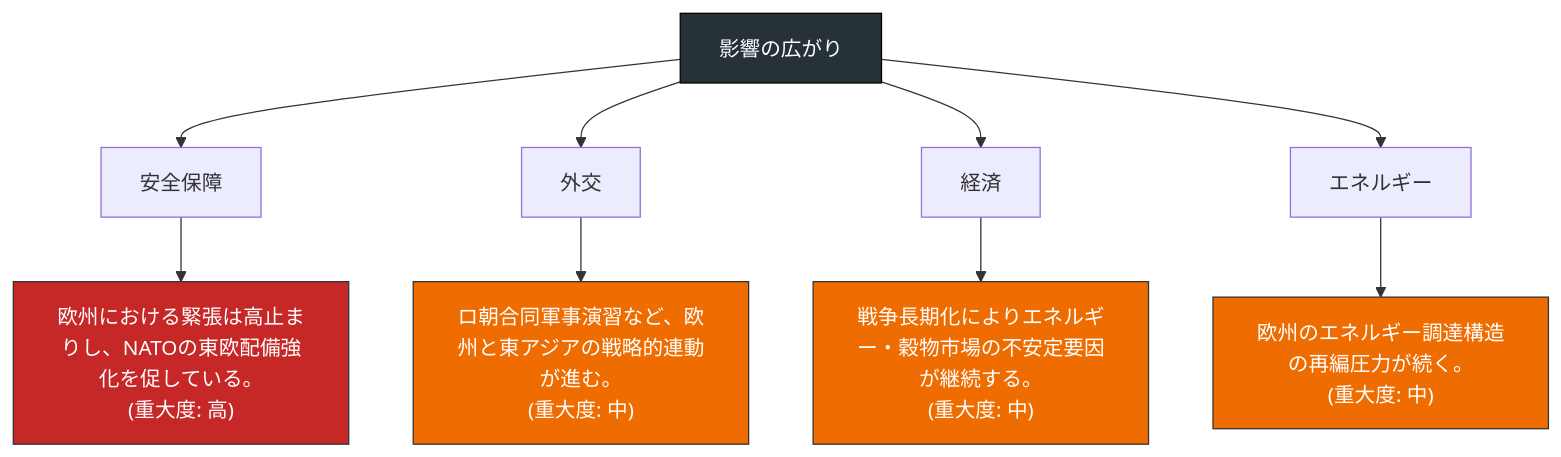
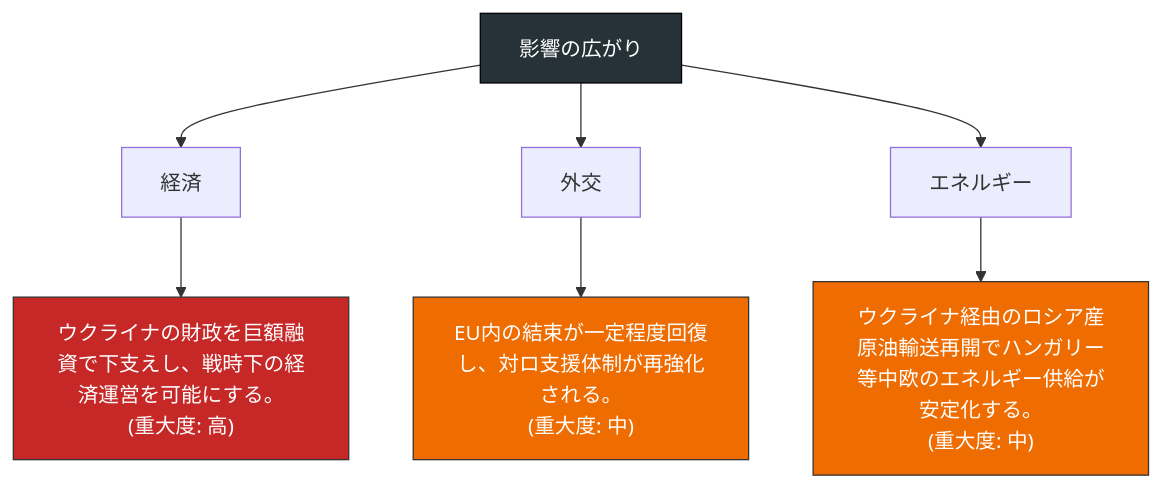
The third of 20 diagrams in docs/reports/2026-04-23.md (YUUUyutaro/tiseigaku), drawn with Mermaid before and after one commit. The commit also changed other lines of this file and 3 other files, not shown here.

````diff
--- a/docs/reports/2026-04-23.md
+++ b/docs/reports/2026-04-23.md
@@ -59,21 +56,17 @@
 ```mermaid
 flowchart TB
   R["影響の広がり"]
-  D0["安全保障"]
-  I0["欧州における緊張は高止まりし、NATOの東欧配備強化を促している。\n(重大度: 高)"]
+  D0["経済"]
+  I0["ウクライナの財政を巨額融資で下支えし、戦時下の経済運営を可能にする。\n(重大度: 高)"]
   R --> D0 --> I0
   style I0 fill:#c62828,color:#fff,stroke:#333
   D1["外交"]
-  I1["ロ朝合同軍事演習など、欧州と東アジアの戦略的連動が進む。\n(重大度: 中)"]
+  I1["EU内の結束が一定程度回復し、対ロ支援体制が再強化される。\n(重大度: 中)"]
   R --> D1 --> I1
   style I1 fill:#ef6c00,color:#fff,stroke:#333
-  D2["経済"]
-  I2["戦争長期化によりエネルギー・穀物市場の不安定要因が継続する。\n(重大度: 中)"]
+  D2["エネルギー"]
+  I2["ウクライナ経由のロシア産原油輸送再開でハンガリー等中欧のエネルギー供給が安定化する。\n(重大度: 中)"]
   R --> D2 --> I2
   style I2 fill:#ef6c00,color:#fff,stroke:#333
-  D3["エネルギー"]
-  I3["欧州のエネルギー調達構造の再編圧力が続く。\n(重大度: 中)"]
-  R --> D3 --> I3
-  style I3 fill:#ef6c00,color:#fff,stroke:#333
   style R fill:#263238,color:#fff,stroke:#000
 ```
````
